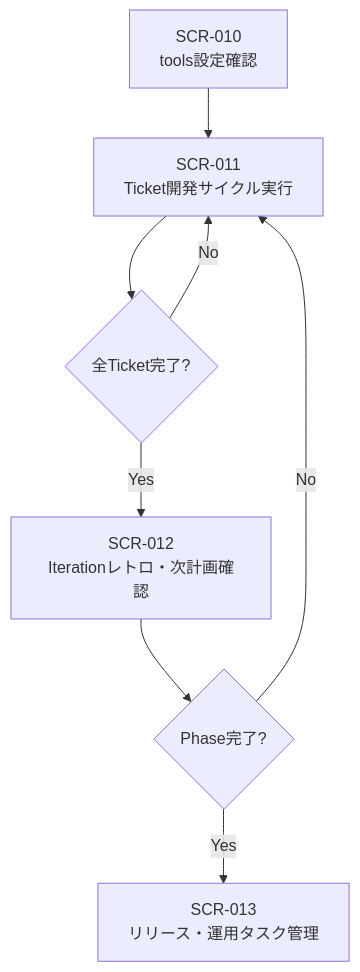
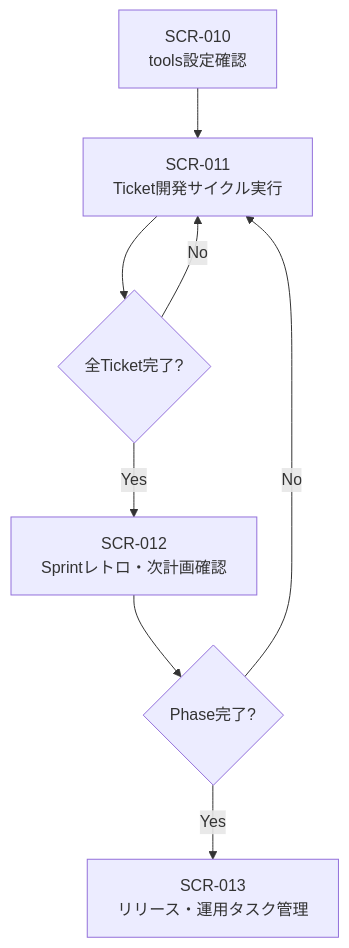
One commit to BossApe/lo-vibe changed the third of 3 diagrams in _document/002.要件定義フェーズ/001.要件定義/001-06.画面遷移定義書.md. Above: the diagram before and after it, drawn with Mermaid. The commit also changed other lines of this file and 43 other files, not shown here.

````diff
--- a/_document/002.要件定義フェーズ/001.要件定義/001-06.画面遷移定義書.md
+++ b/_document/002.要件定義フェーズ/001.要件定義/001-06.画面遷移定義書.md
@@ -122,14 +122,14 @@
 ```mermaid
 flowchart TD
     S10[SCR-010
 tools設定確認] --> S11[SCR-011
 Ticket開発サイクル実行]
     S11 --> DEC{全Ticket完了?}
     DEC -- No --> S11
     DEC -- Yes --> S12[SCR-012
-Iterationレトロ・次計画確認]
+Sprintレトロ・次計画確認]
     S12 --> DEC2{Phase完了?}
     DEC2 -- No --> S11
     DEC2 -- Yes --> S13[SCR-013
 リリース・運用タスク管理]
 ```
````
